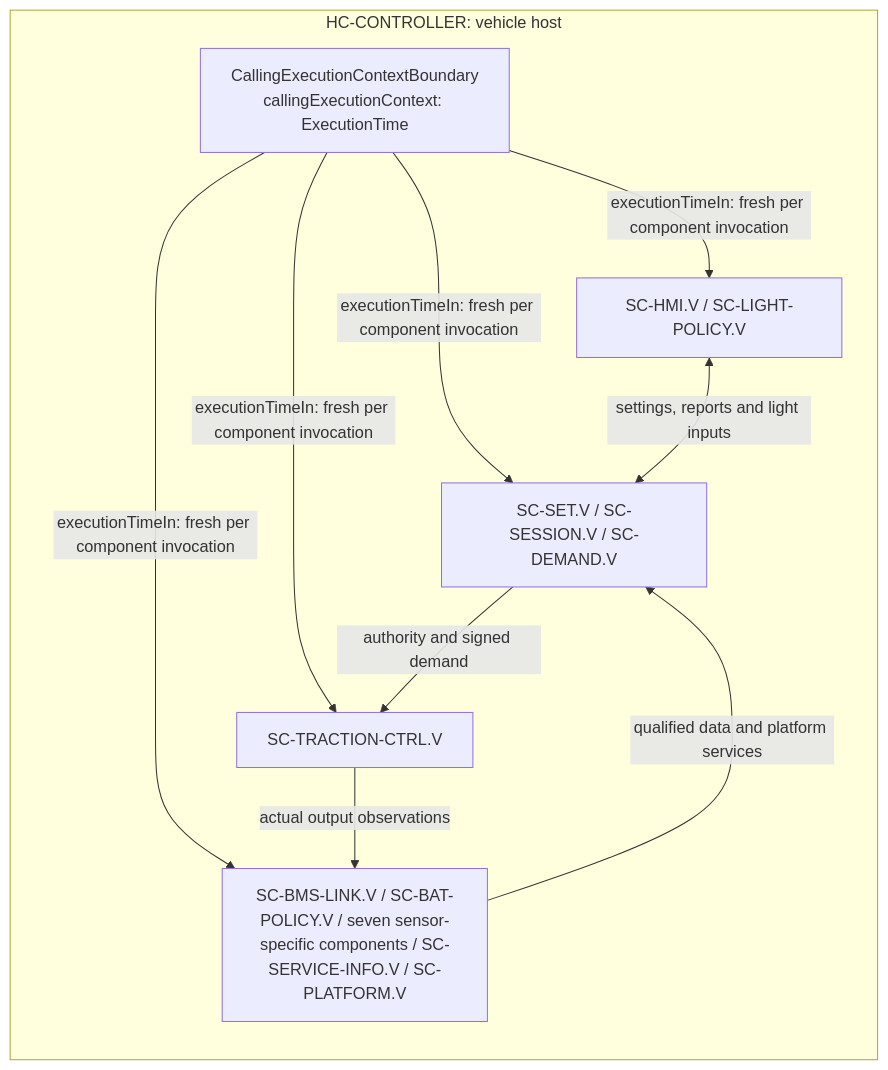
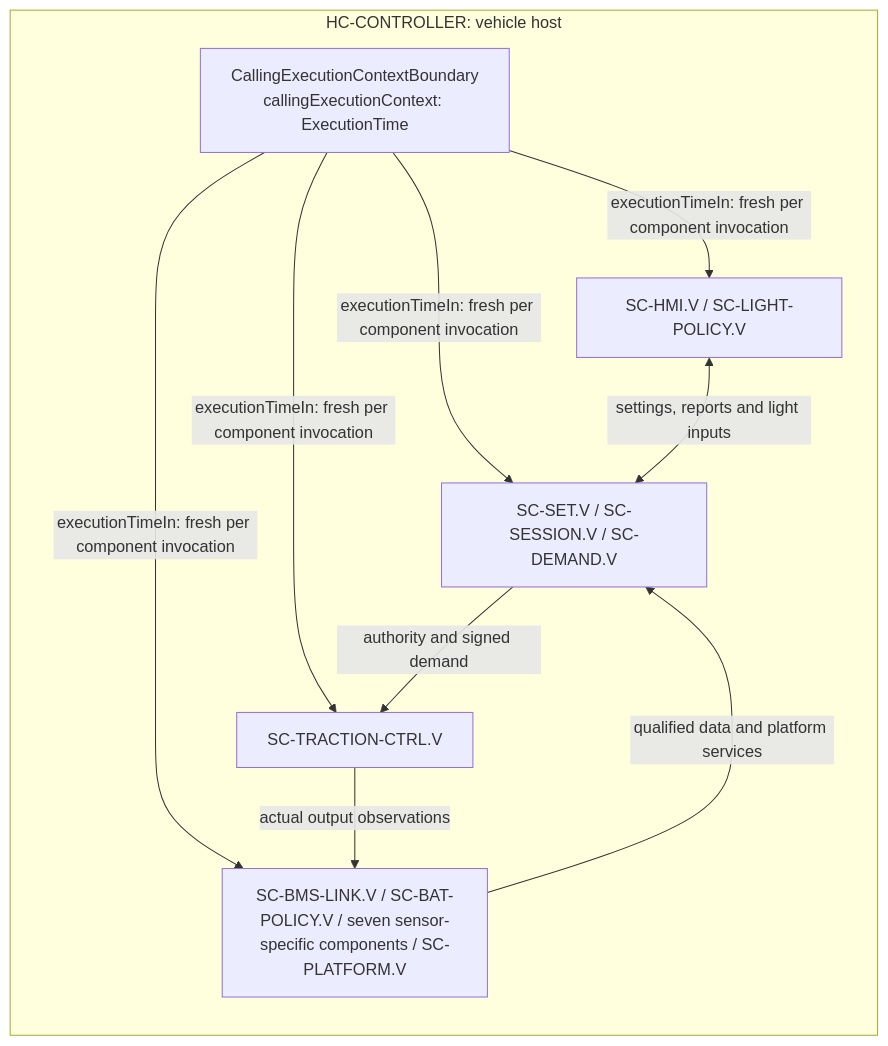
Before and after one commit to dhellhake/X2CityMCU: the first of 4 diagrams in .devenv/Architecture/SoftwareArchitecture/ARCH-003_Software_Architecture.md, drawn with Mermaid. The commit also changed other lines of this file and 69 other files, not shown here.

````diff
--- a/.devenv/Architecture/SoftwareArchitecture/ARCH-003_Software_Architecture.md
+++ b/.devenv/Architecture/SoftwareArchitecture/ARCH-003_Software_Architecture.md
@@ -47,18 +46,18 @@
 ```mermaid
 flowchart LR
     subgraph Vehicle["HC-CONTROLLER: vehicle host"]
         CALL[CallingExecutionContextBoundary\ncallingExecutionContext: ExecutionTime]
         VPolicy["SC-SET.V / SC-SESSION.V / SC-DEMAND.V"]
         VIO["SC-HMI.V / SC-LIGHT-POLICY.V"]
         VDrive["SC-TRACTION-CTRL.V"]
-        VCommon["SC-BMS-LINK.V / SC-BAT-POLICY.V / seven sensor-specific components / SC-SERVICE-INFO.V / SC-PLATFORM.V"]
+        VCommon["SC-BMS-LINK.V / SC-BAT-POLICY.V / seven sensor-specific components / SC-PLATFORM.V"]
     end
     VCommon -->|qualified data and platform services| VPolicy
     CALL -->|executionTimeIn: fresh per component invocation| VPolicy
     CALL -->|executionTimeIn: fresh per component invocation| VIO
     CALL -->|executionTimeIn: fresh per component invocation| VDrive
     CALL -->|executionTimeIn: fresh per component invocation| VCommon
     VPolicy -->|authority and signed demand| VDrive
     VDrive -->|actual output observations| VCommon
     VIO <-->|settings, reports and light inputs| VPolicy
 ```
````
